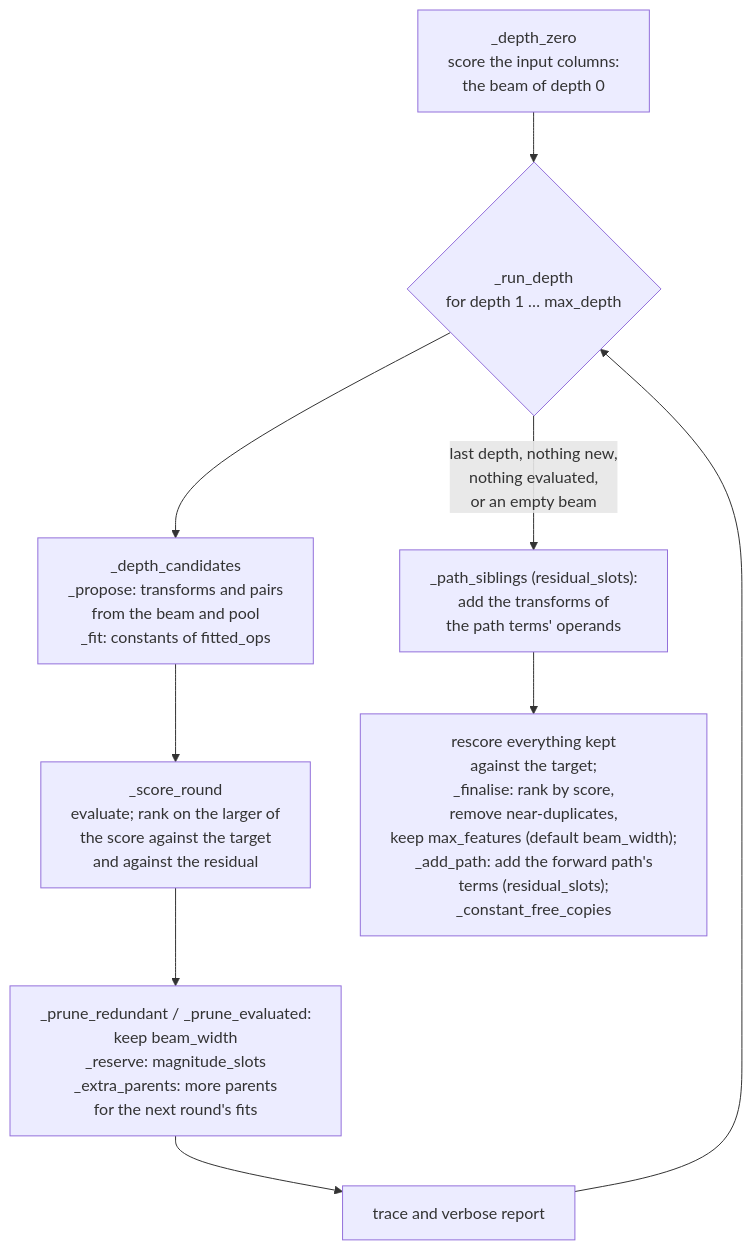
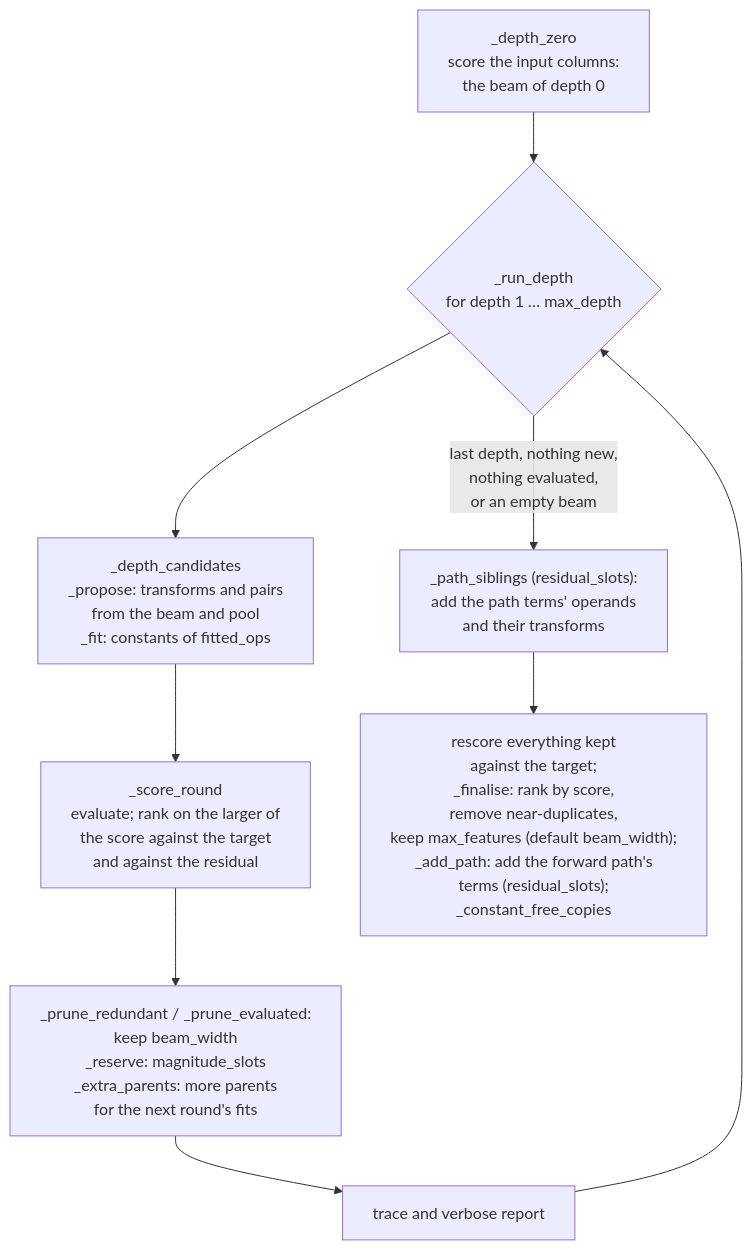
One commit to LD-Shell/beamfeat changed the second of 3 diagrams in ARCHITECTURE.md. Above: the diagram before and after it, drawn with Mermaid. The commit also changed other lines of this file and 13 other files, not shown here.

Commit message:
docs: README New in 0.8.0, ARCHITECTURE for screen and the residual slots, audit fixes

````diff
--- a/ARCHITECTURE.md
+++ b/ARCHITECTURE.md
@@ -73,17 +76,17 @@
 ```mermaid
 ---
 config:
   flowchart:
     wrappingWidth: 600
 ---
 flowchart TD
     zero["_depth_zero<br/>score the input columns:<br/>the beam of depth 0"]
     zero --> depth{"_run_depth<br/>for depth 1 … max_depth"}
     depth --> cand["_depth_candidates<br/>_propose: transforms and pairs<br/>from the beam and pool<br/>_fit: constants of fitted_ops"]
     cand --> score["_score_round<br/>evaluate; rank on the larger of<br/>the score against the target<br/>and against the residual"]
     score --> keep["_prune_redundant / _prune_evaluated:<br/>keep beam_width<br/>_reserve: magnitude_slots<br/>_extra_parents: more parents<br/>for the next round's fits"]
     keep --> record["trace and verbose report"]
     record --> depth
-    depth -->|"last depth, nothing new,<br/>nothing evaluated,<br/>or an empty beam"| sib["_path_siblings (residual_slots):<br/>add the transforms of<br/>the path terms' operands"]
+    depth -->|"last depth, nothing new,<br/>nothing evaluated,<br/>or an empty beam"| sib["_path_siblings (residual_slots):<br/>add the path terms' operands<br/>and their transforms"]
     sib --> fin["rescore everything kept<br/>against the target;<br/>_finalise: rank by score,<br/>remove near-duplicates,<br/>keep max_features (default beam_width);<br/>_add_path: add the forward path's<br/>terms (residual_slots);<br/>_constant_free_copies"]
 ```
````
